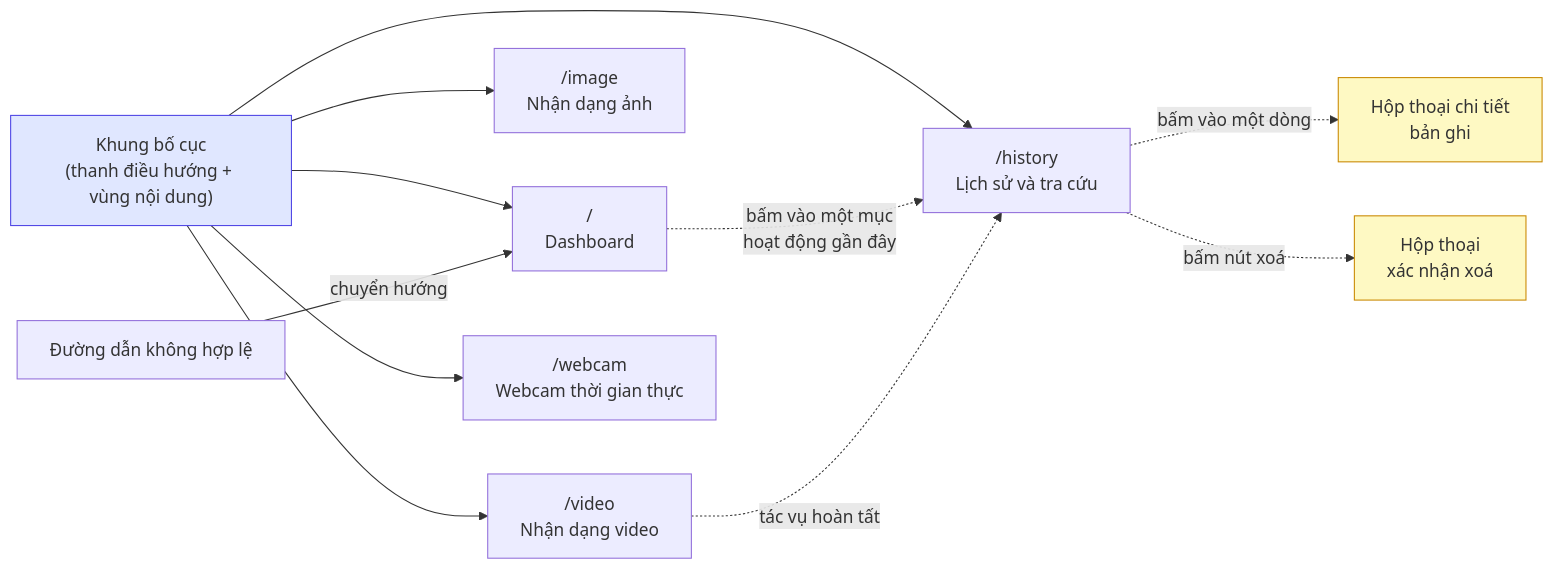
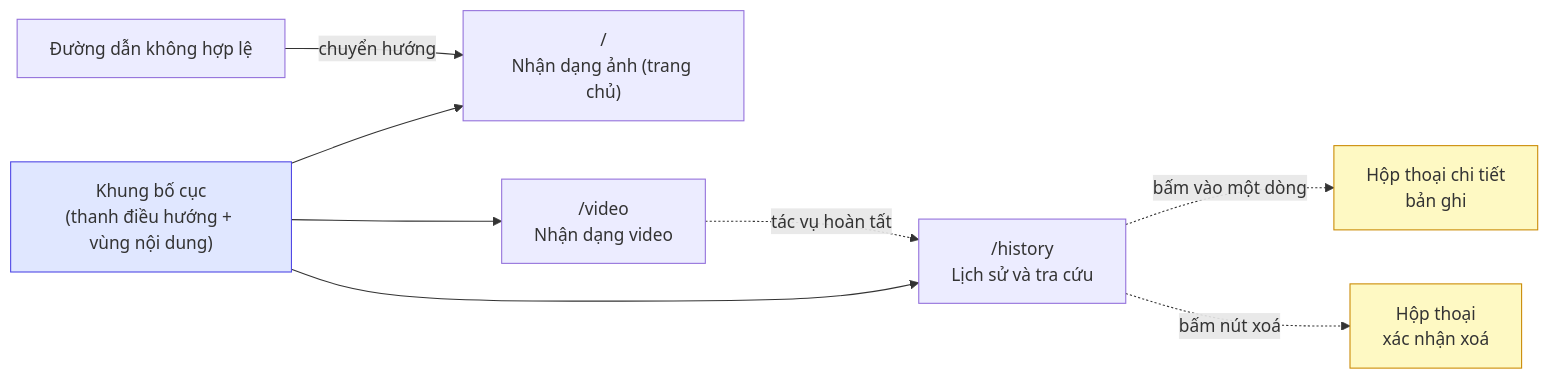
The tenth of 10 diagrams in docs/papers/ch3-phan-tich-thiet-ke.md (hieunguyen2604/alpr-do-an-mon-hoc), drawn with Mermaid before and after one commit. The commit also changed other lines of this file and 82 other files, not shown here.

````diff
--- a/docs/papers/ch3-phan-tich-thiet-ke.md
+++ b/docs/papers/ch3-phan-tich-thiet-ke.md
@@ -1200,21 +1220,18 @@
 ```mermaid
 graph LR
     ROOT["Khung bố cục<br/>(thanh điều hướng + vùng nội dung)"]
 
-    ROOT --> P1["/<br/>Dashboard"]
-    ROOT --> P2["/image<br/>Nhận dạng ảnh"]
-    ROOT --> P3["/video<br/>Nhận dạng video"]
-    ROOT --> P4["/webcam<br/>Webcam thời gian thực"]
-    ROOT --> P5["/history<br/>Lịch sử và tra cứu"]
+    ROOT --> P1["/<br/>Nhận dạng ảnh (trang chủ)"]
+    ROOT --> P2["/video<br/>Nhận dạng video"]
+    ROOT --> P3["/history<br/>Lịch sử và tra cứu"]
 
-    P1 -.->|"bấm vào một mục<br/>hoạt động gần đây"| P5
-    P5 -.->|"bấm vào một dòng"| M1["Hộp thoại chi tiết<br/>bản ghi"]
-    P5 -.->|"bấm nút xoá"| M2["Hộp thoại<br/>xác nhận xoá"]
-    P3 -.->|"tác vụ hoàn tất"| P5
+    P3 -.->|"bấm vào một dòng"| M1["Hộp thoại chi tiết<br/>bản ghi"]
+    P3 -.->|"bấm nút xoá"| M2["Hộp thoại<br/>xác nhận xoá"]
+    P2 -.->|"tác vụ hoàn tất"| P3
 
     ANY["Đường dẫn không hợp lệ"] -->|"chuyển hướng"| P1
 
     style ROOT fill:#e0e7ff,stroke:#4f46e5
     style M1 fill:#fef9c3,stroke:#ca8a04
     style M2 fill:#fef9c3,stroke:#ca8a04
 ```
````
